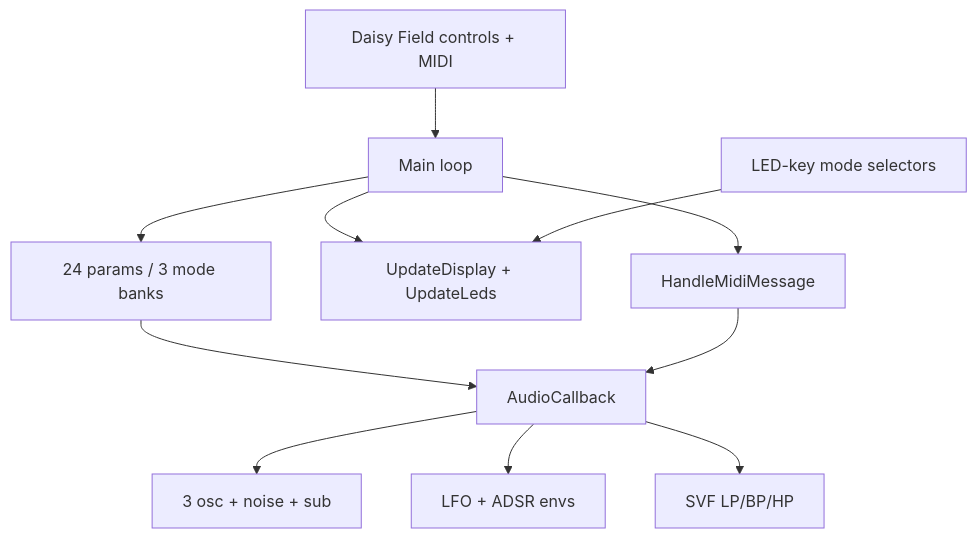
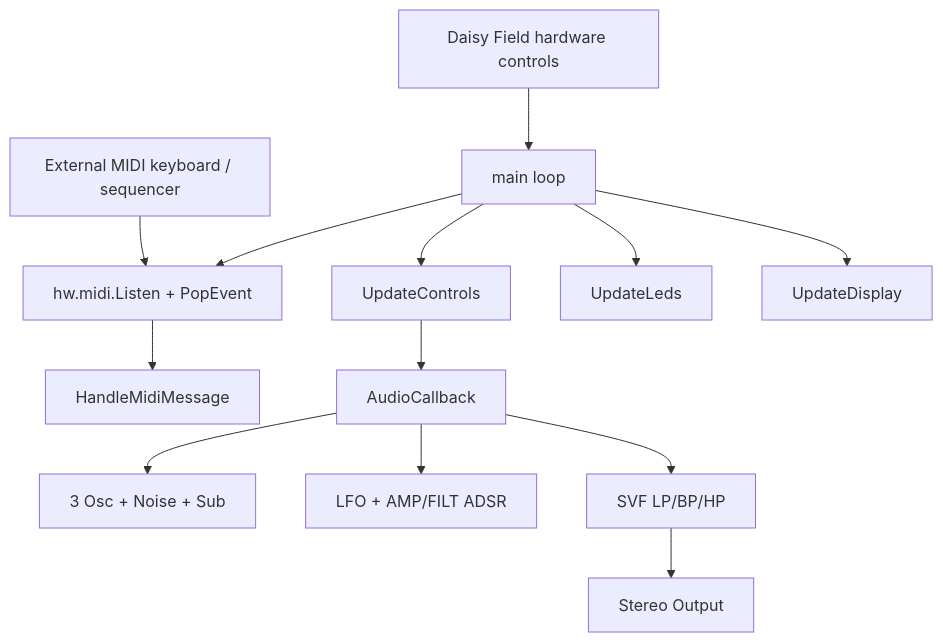
Before and after one commit to Denys/DaisyExamples: the second of 5 diagrams in MyProjects/_projects/tripple_osc_subtractive/Dependencies.md, drawn with Mermaid. The commit also changed other lines of this file and 7 other files, not shown here.

````diff
--- a/MyProjects/_projects/tripple_osc_subtractive/Dependencies.md
+++ b/MyProjects/_projects/tripple_osc_subtractive/Dependencies.md
@@ -30,27 +38,35 @@
 ```mermaid
 flowchart TD
-    HW[Daisy Field controls + MIDI]
-    LOOP[Main loop]
-    MIDI[HandleMidiMessage]
-    UI[UpdateDisplay + UpdateLeds]
+    MIDIIN[External MIDI keyboard / sequencer]
+    CTRLS[Daisy Field hardware controls]
+
+    LOOP[main loop]
+    CTRLMGMT[UpdateControls]
+    MIDILISTEN[hw.midi.Listen + PopEvent]
+    HM[HandleMidiMessage]
+
+    UILED[UpdateLeds]
+    UIOLED[UpdateDisplay]
+
     AUDIO[AudioCallback]
 
-    PARAMS[24 params / 3 mode banks]
-    SELECT[LED-key mode selectors]
-    SYNTH[3 osc + noise + sub]
-    MOD[LFO + ADSR envs]
+    SYNTH[3 Osc + Noise + Sub]
+    MOD[LFO + AMP/FILT ADSR]
     FILT[SVF LP/BP/HP]
+    OUT[Stereo Output]
 
-    HW --> LOOP
-    LOOP --> MIDI
-    LOOP --> UI
-    LOOP --> PARAMS
+    MIDIIN --> MIDILISTEN
+    CTRLS --> LOOP
+    LOOP --> CTRLMGMT
+    LOOP --> MIDILISTEN
+    MIDILISTEN --> HM
 
-    PARAMS --> AUDIO
-    SELECT --> UI
-    MIDI --> AUDIO
+    LOOP --> UILED
+    LOOP --> UIOLED
 
+    CTRLMGMT --> AUDIO
     AUDIO --> SYNTH
     AUDIO --> MOD
     AUDIO --> FILT
+    FILT --> OUT
 ```
````
